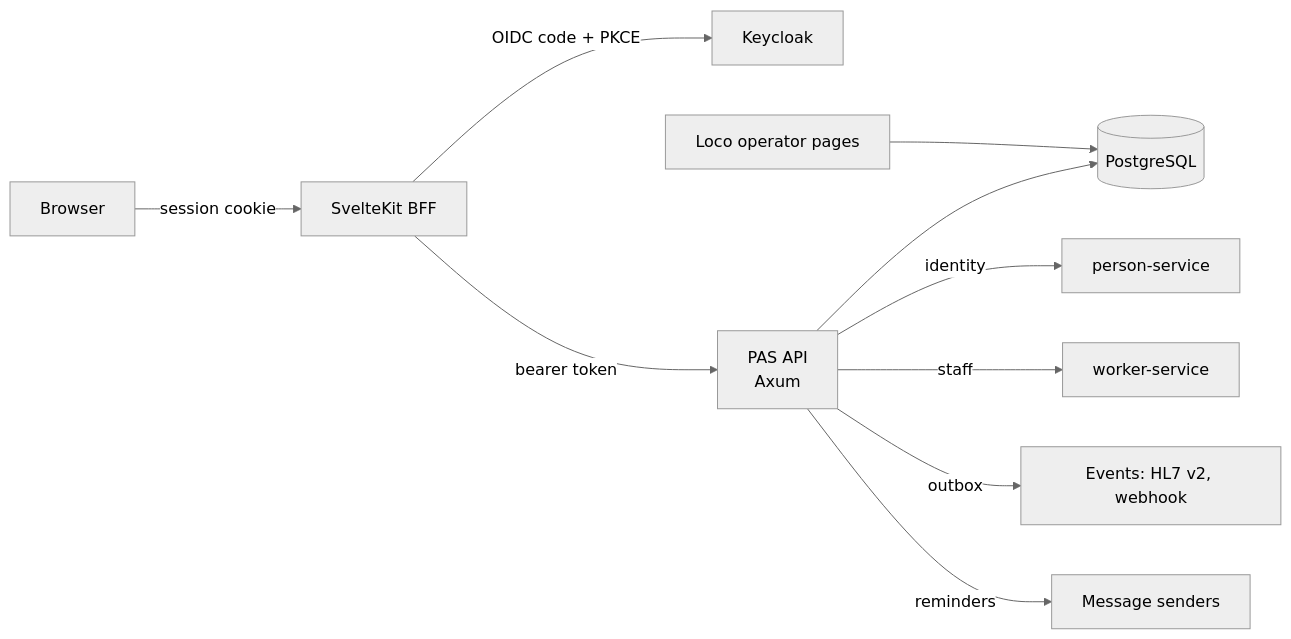
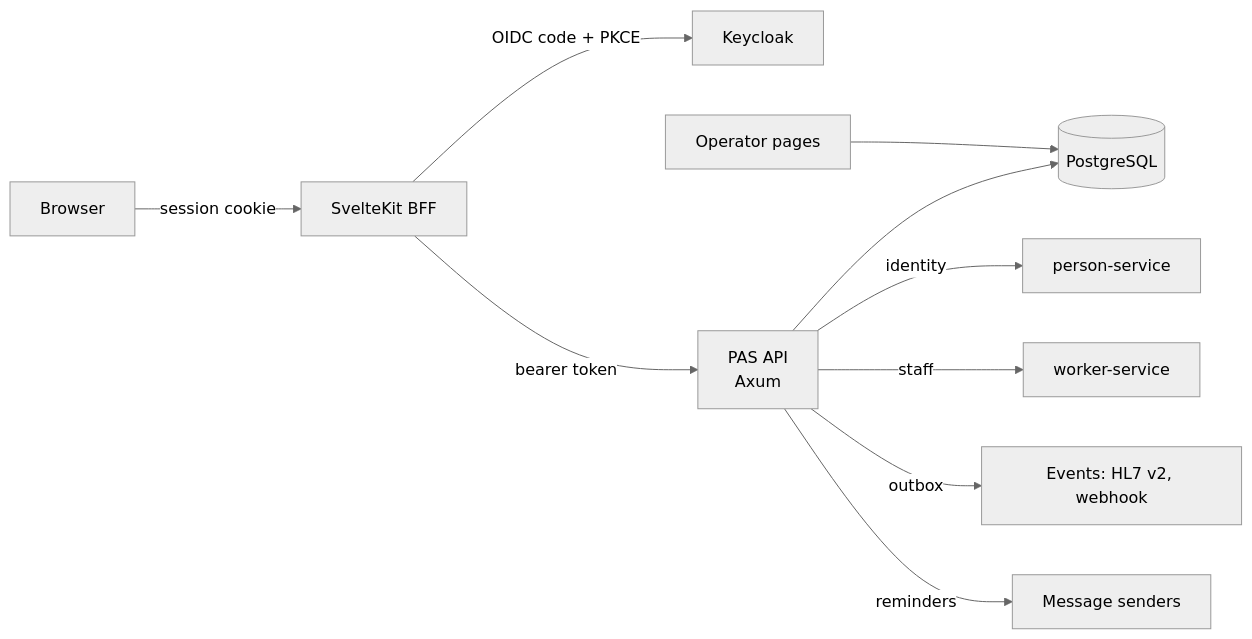
The diagram in spec/08-architecture.md (patient-administration-system/patient-administration-system), drawn with Mermaid (neutral theme) before and after one commit. The commit also changed other lines of this file and 54 other files, not shown here.

First line of the commit message:
Replace Loco with axa in the operator front-end (FR-205)

````diff
--- a/spec/08-architecture.md
+++ b/spec/08-architecture.md
@@ -3,12 +3,12 @@
 ```mermaid
 flowchart LR
     B[Browser] -- session cookie --> U[SvelteKit BFF]
     U -- OIDC code + PKCE --> K[Keycloak]
     U -- bearer token --> A[PAS API<br/>Axum]
-    O[Loco operator pages] --> D[(PostgreSQL)]
+    O[Operator pages] --> D[(PostgreSQL)]
     A --> D
     A -- identity --> P[person-service]
     A -- staff --> W[worker-service]
     A -- outbox --> E[Events: HL7 v2, webhook]
     A -- reminders --> S[Message senders]
 ```
````
